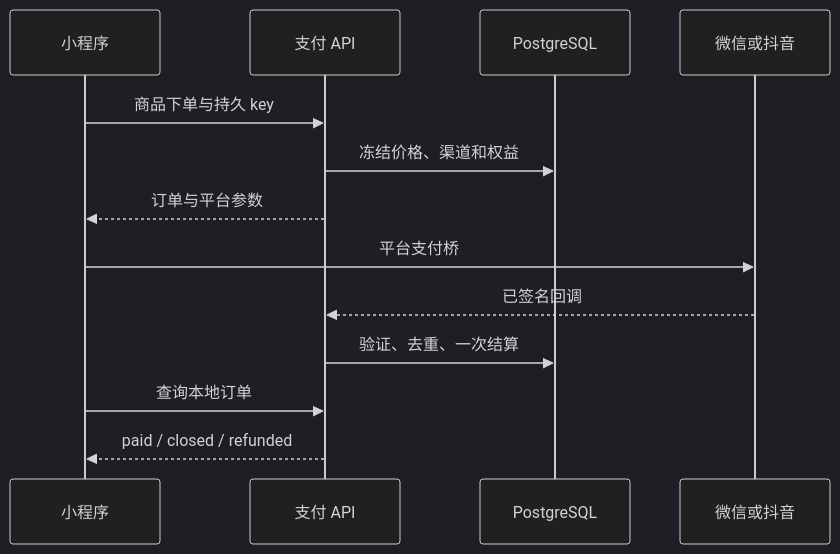
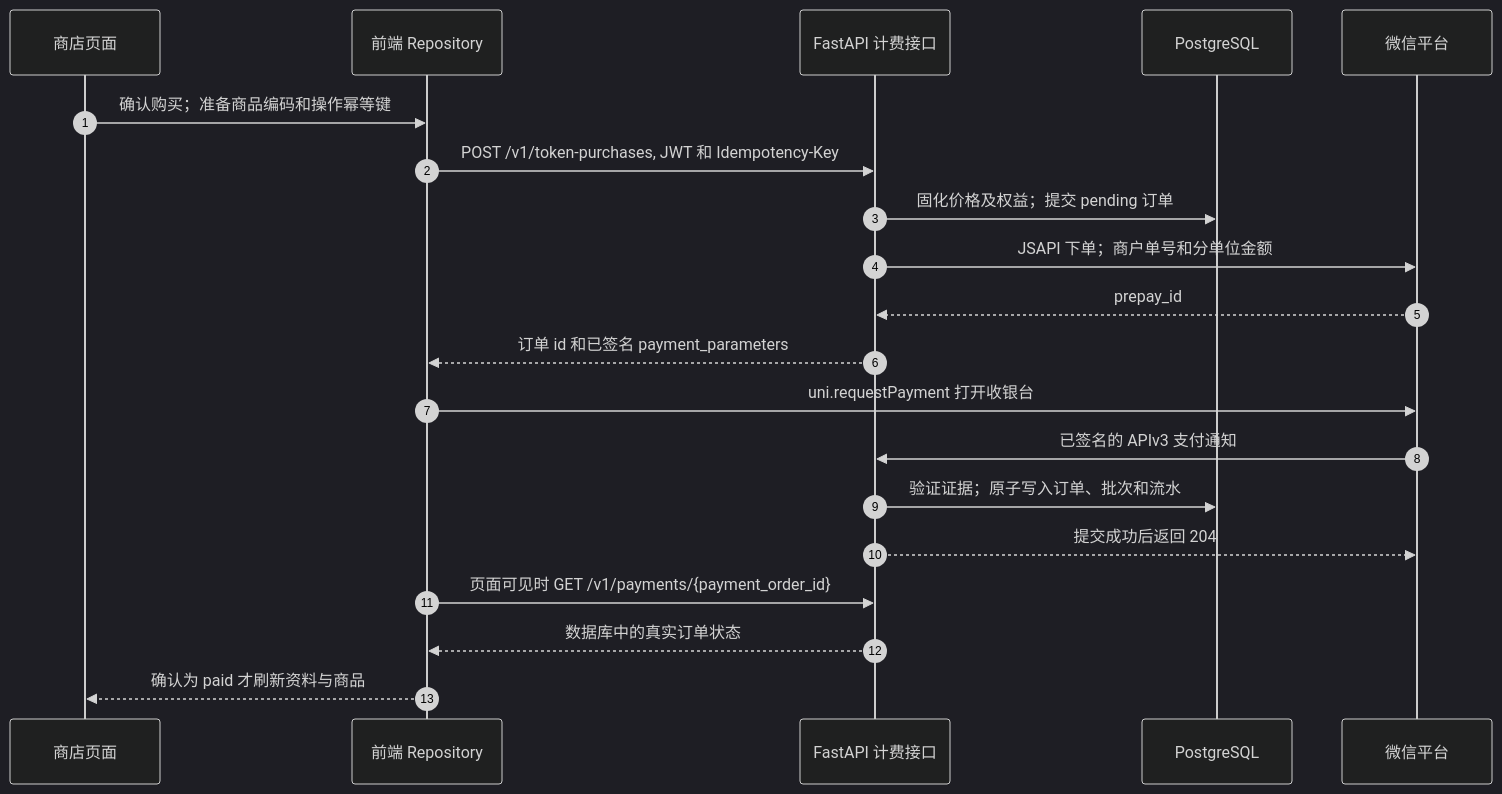
Before and after one commit to Orientation-CD/docs: the first of 3 diagrams in zh/reference/flows/payment-flow.md, drawn with Mermaid (dark theme). The commit also changed other lines of this file and 61 other files, not shown here.

````diff
--- a/zh/reference/flows/payment-flow.md
+++ b/zh/reference/flows/payment-flow.md
@@ -5,15 +19,22 @@
 ```mermaid
 sequenceDiagram
-  participant MP as 小程序
-  participant API as 支付 API
+  autonumber
+  participant UI as 商店页面
+  participant R as 前端 Repository
+  participant API as FastAPI 计费接口
   participant DB as PostgreSQL
-  participant PAY as 微信或抖音
-  MP->>API: 商品下单与持久 key
-  API->>DB: 冻结价格、渠道和权益
-  API-->>MP: 订单与平台参数
-  MP->>PAY: 平台支付桥
-  PAY-->>API: 已签名回调
-  API->>DB: 验证、去重、一次结算
-  MP->>API: 查询本地订单
-  API-->>MP: paid / closed / refunded
+  participant WX as 微信平台
+  UI->>R: 确认购买；准备商品编码和操作幂等键
+  R->>API: POST /v1/token-purchases, JWT 和 Idempotency-Key
+  API->>DB: 固化价格及权益；提交 pending 订单
+  API->>WX: JSAPI 下单；商户单号和分单位金额
+  WX-->>API: prepay_id
+  API-->>R: 订单 id 和已签名 payment_parameters
+  R->>WX: uni.requestPayment 打开收银台
+  WX->>API: 已签名的 APIv3 支付通知
+  API->>DB: 验证证据；原子写入订单、批次和流水
+  API-->>WX: 提交成功后返回 204
+  R->>API: 页面可见时 GET /v1/payments/{payment_order_id}
+  API-->>R: 数据库中的真实订单状态
+  R-->>UI: 确认为 paid 才刷新资料与商品
 ```
````
